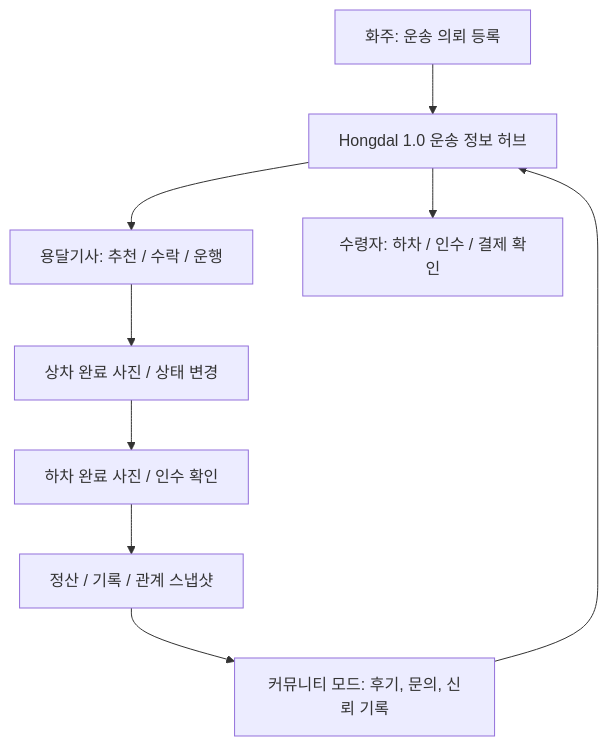
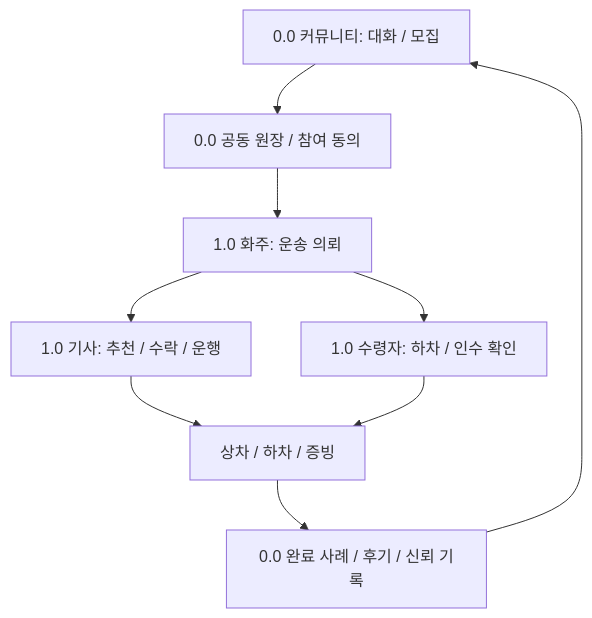
Before and after one commit to cheolwo/hongdal: the first of 2 diagrams in docs/ProjectOverview/version-roadmap.md, drawn with Mermaid. The commit also changed other lines of this file and 62 other files, not shown here.

````diff
--- a/docs/ProjectOverview/version-roadmap.md
+++ b/docs/ProjectOverview/version-roadmap.md
@@ -18,11 +31,11 @@
 ```mermaid
 flowchart TD
-    A["화주: 운송 의뢰 등록"] --> B["Hongdal 1.0 운송 정보 허브"]
-    B --> C["용달기사: 추천 / 수락 / 운행"]
-    B --> D["수령자: 하차 / 인수 / 결제 확인"]
-    C --> E["상차 완료 사진 / 상태 변경"]
-    E --> F["하차 완료 사진 / 인수 확인"]
-    F --> G["정산 / 기록 / 관계 스냅샷"]
-    G --> H["커뮤니티 모드: 후기, 문의, 신뢰 기록"]
-    H --> B
+    A["0.0 커뮤니티: 대화 / 모집"] --> B["0.0 공동 원장 / 참여 동의"]
+    B --> C["1.0 화주: 운송 의뢰"]
+    C --> D["1.0 기사: 추천 / 수락 / 운행"]
+    C --> E["1.0 수령자: 하차 / 인수 확인"]
+    D --> F["상차 / 하차 / 증빙"]
+    E --> F
+    F --> G["0.0 완료 사례 / 후기 / 신뢰 기록"]
+    G --> A
 ```
````
